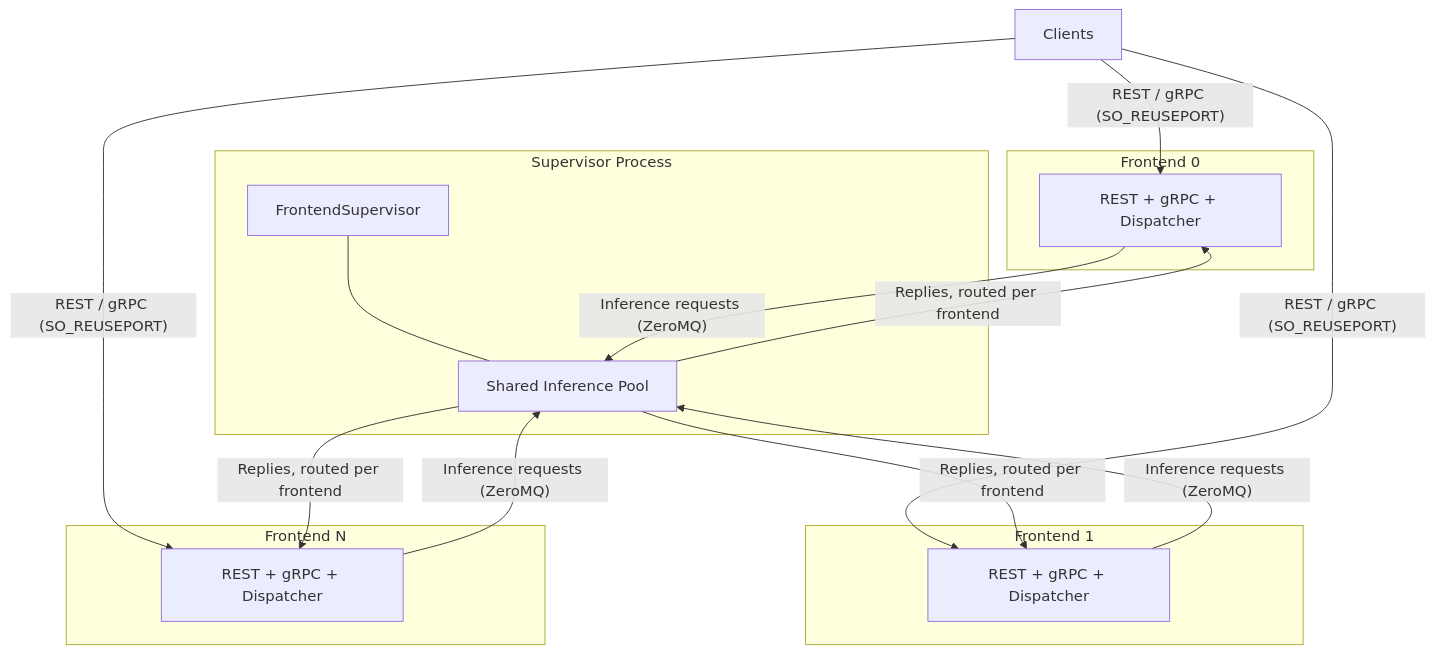
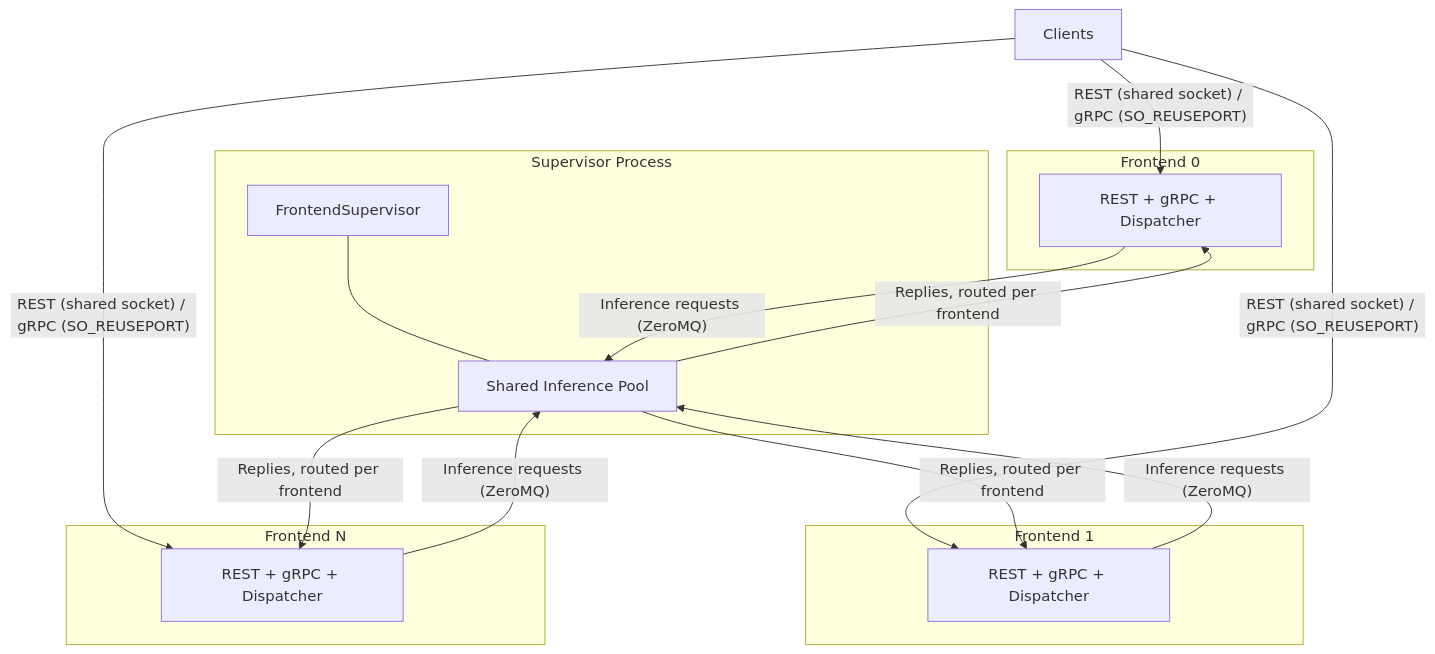
One commit to Snomaan6846/MLServer changed the diagram in docs/user-guide/parallel-inference.md. Above: the diagram before and after it, drawn with Mermaid. The commit also changed other lines of this file and 93 other files, not shown here.

````diff
--- a/docs/user-guide/parallel-inference.md
+++ b/docs/user-guide/parallel-inference.md
@@ -112,23 +114,23 @@
 ```mermaid
 flowchart TB
-    CLIENT["Clients"] -->|"REST / gRPC (SO_REUSEPORT)"| FE0 & FE1 & FEN
+    CLIENT["Clients"] -->|"REST (shared socket) / gRPC (SO_REUSEPORT)"| FE0 & FE1 & FEN
 
     subgraph "Supervisor Process"
         SUP["FrontendSupervisor"]
         POOL["Shared Inference Pool"]
         SUP --- POOL
     end
 
     subgraph "Frontend 0"
         FE0["REST + gRPC + Dispatcher"]
     end
     subgraph "Frontend 1"
         FE1["REST + gRPC + Dispatcher"]
     end
     subgraph "Frontend N"
         FEN["REST + gRPC + Dispatcher"]
     end
 
     FE0 & FE1 & FEN -->|"Inference requests (ZeroMQ)"| POOL
     POOL -->|"Replies, routed per frontend"| FE0 & FE1 & FEN
 ```
````
